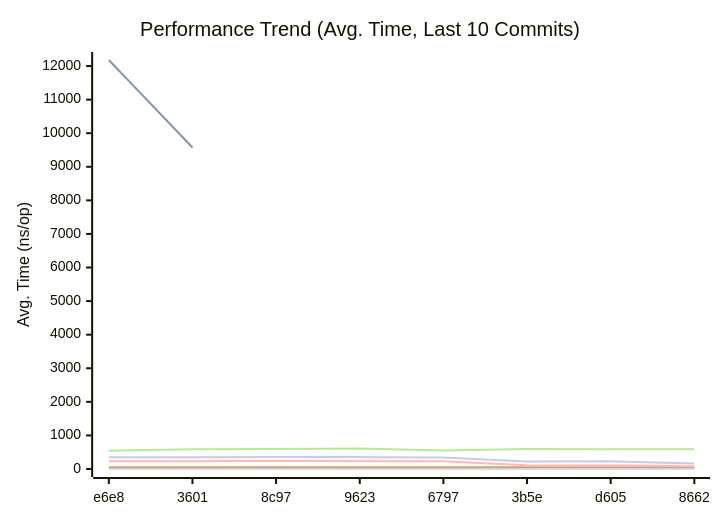
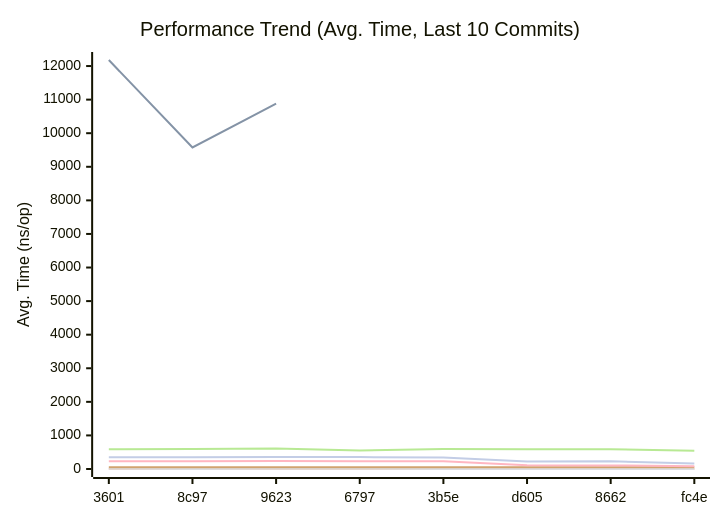
One commit to alsotoes/momo changed the first of 3 diagrams in docs/README.md. Above: the diagram before and after it, drawn with Mermaid. The commit also changed other lines of this file and 1 other file, not shown here.

````diff
--- a/docs/README.md
+++ b/docs/README.md
@@ -307,15 +307,15 @@
 ```mermaid
 xychart-beta
     title "Performance Trend (Avg. Time, Last 10 Commits)"
     x-axis "Commit"
     y-axis "Avg. Time (ns/op)"
-    x-axis [e6e8,3601,8c97,9623,6797,3b5e,d605,8662]
-    line "CheckMetricsAndSwap" [9,7,9,9,9,9,9,9,9,7]
-    line "HashFile" [12180,9576]
+    x-axis [3601,8c97,9623,6797,3b5e,d605,8662,fc4e]
+    line "CheckMetricsAndSwap" [7,9,9,9,9,9,9,9,7,9]
+    line "HashFile" [12180,9576,10879]
     line "IndexDirectTracking" [0,0,0,0,0,0,0,0,0,0]
-    line "IndexSearch" [3,4,3,4,4,3,3,2,3,2]
-    line "LoadGlobalConfig" [546,588,596,608,550,592,587,587,546,426]
-    line "PadString" [50,50,53,53,50,53,53,53,53,40]
+    line "IndexSearch" [4,3,4,4,3,3,2,3,2,2]
+    line "LoadGlobalConfig" [588,596,608,550,592,587,587,546,426,596]
+    line "PadString" [50,53,53,50,53,53,53,53,40,54]
     line "ParseReplicationOrder_NoPrealloc" [350,349,357,354,345,225,229,165,232,234]
     line "ParseReplicationOrder_Prealloc" [229,231,237,234,229,108,107,80,110,109]
 ```
````
